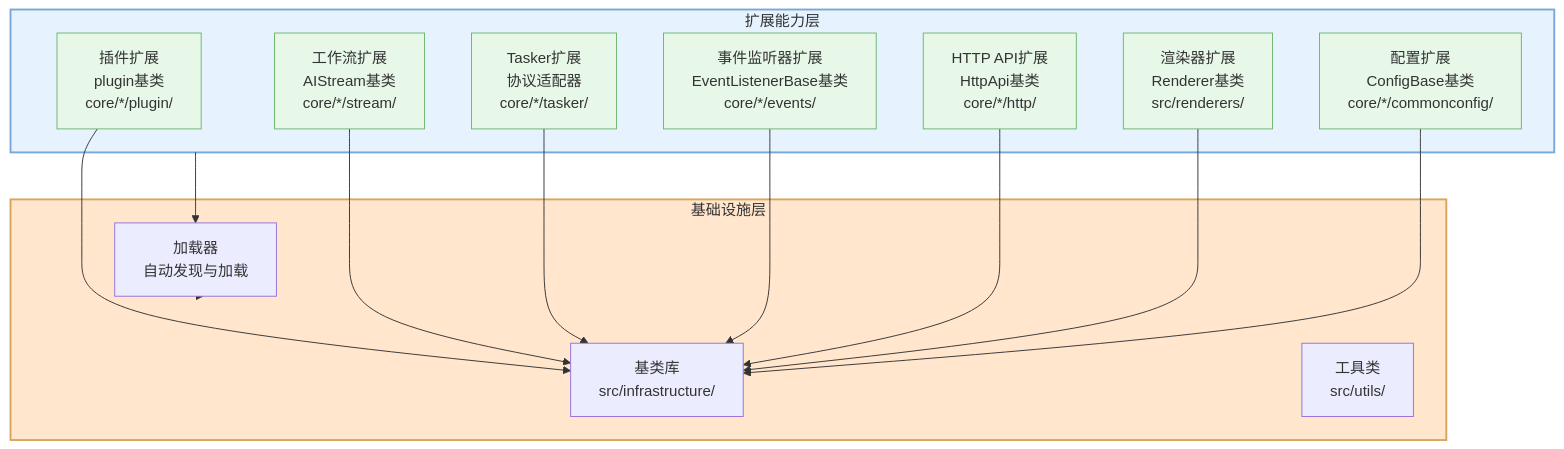
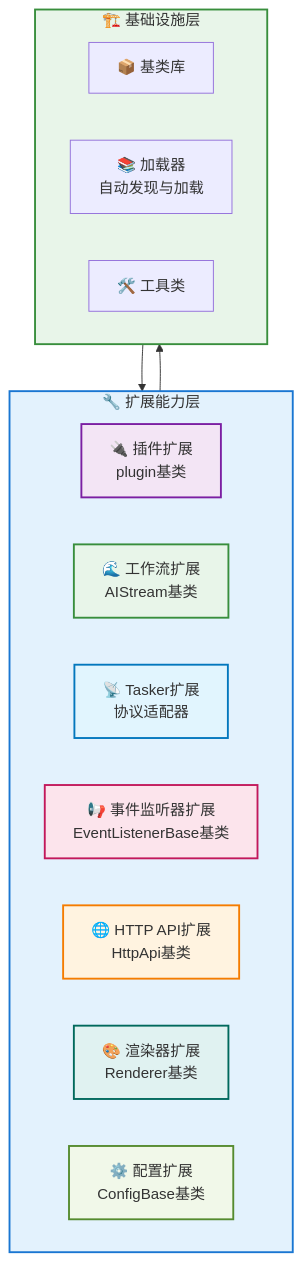
The first of 9 diagrams in docs/框架可扩展性指南.md (sunflowermm/XRK-AGT), drawn with Mermaid before and after one commit. The commit also changed 19 other files, not shown here.

````diff
--- a/docs/框架可扩展性指南.md
+++ b/docs/框架可扩展性指南.md
@@ -35,39 +35,31 @@
 ```mermaid
 flowchart TB
-    subgraph Extension["扩展能力层"]
-        A["插件扩展<br/>plugin基类<br/>core/*/plugin/"]
-        B["工作流扩展<br/>AIStream基类<br/>core/*/stream/"]
-        C["Tasker扩展<br/>协议适配器<br/>core/*/tasker/"]
-        D["事件监听器扩展<br/>EventListenerBase基类<br/>core/*/events/"]
-        E["HTTP API扩展<br/>HttpApi基类<br/>core/*/http/"]
-        F["渲染器扩展<br/>Renderer基类<br/>src/renderers/"]
-        G["配置扩展<br/>ConfigBase基类<br/>core/*/commonconfig/"]
+    subgraph Extension["🔧 扩展能力层"]
+        A["🔌 插件扩展<br/>plugin基类"]
+        B["🌊 工作流扩展<br/>AIStream基类"]
+        C["📡 Tasker扩展<br/>协议适配器"]
+        D["📢 事件监听器扩展<br/>EventListenerBase基类"]
+        E["🌐 HTTP API扩展<br/>HttpApi基类"]
+        F["🎨 渲染器扩展<br/>Renderer基类"]
+        G["⚙️ 配置扩展<br/>ConfigBase基类"]
     end
     
-    subgraph Infrastructure["基础设施层"]
-        I["基类库<br/>src/infrastructure/"]
-        J["加载器<br/>自动发现与加载"]
-        K["工具类<br/>src/utils/"]
+    subgraph Infrastructure["🏗️ 基础设施层"]
+        I["📦 基类库"]
+        J["📚 加载器<br/>自动发现与加载"]
+        K["🛠️ 工具类"]
     end
     
-    A --> I
-    B --> I
-    C --> I
-    D --> I
-    E --> I
-    F --> I
-    G --> I
+    Extension --> Infrastructure
+    Infrastructure --> Extension
     
-    Extension --> J
-    J --> Infrastructure
-    
-    style Extension fill:#E6F3FF,stroke:#7AA7D9,stroke-width:2px
-    style Infrastructure fill:#FFE6CC,stroke:#D9A35D,stroke-width:2px
-    style A fill:#E8F8E8,stroke:#6CB46C
-    style B fill:#E8F8E8,stroke:#6CB46C
-    style C fill:#E8F8E8,stroke:#6CB46C
-    style D fill:#E8F8E8,stroke:#6CB46C
-    style E fill:#E8F8E8,stroke:#6CB46C
-    style F fill:#E8F8E8,stroke:#6CB46C
-    style G fill:#E8F8E8,stroke:#6CB46C
+    style Extension fill:#E3F2FD,stroke:#1976D2,stroke-width:2px
+    style Infrastructure fill:#E8F5E9,stroke:#388E3C,stroke-width:2px
+    style A fill:#F3E5F5,stroke:#7B1FA2,stroke-width:2px
+    style B fill:#E8F5E9,stroke:#388E3C,stroke-width:2px
+    style C fill:#E1F5FE,stroke:#0277BD,stroke-width:2px
+    style D fill:#FCE4EC,stroke:#C2185B,stroke-width:2px
+    style E fill:#FFF3E0,stroke:#F57C00,stroke-width:2px
+    style F fill:#E0F2F1,stroke:#00695C,stroke-width:2px
+    style G fill:#F1F8E9,stroke:#558B2F,stroke-width:2px
 ```
````
